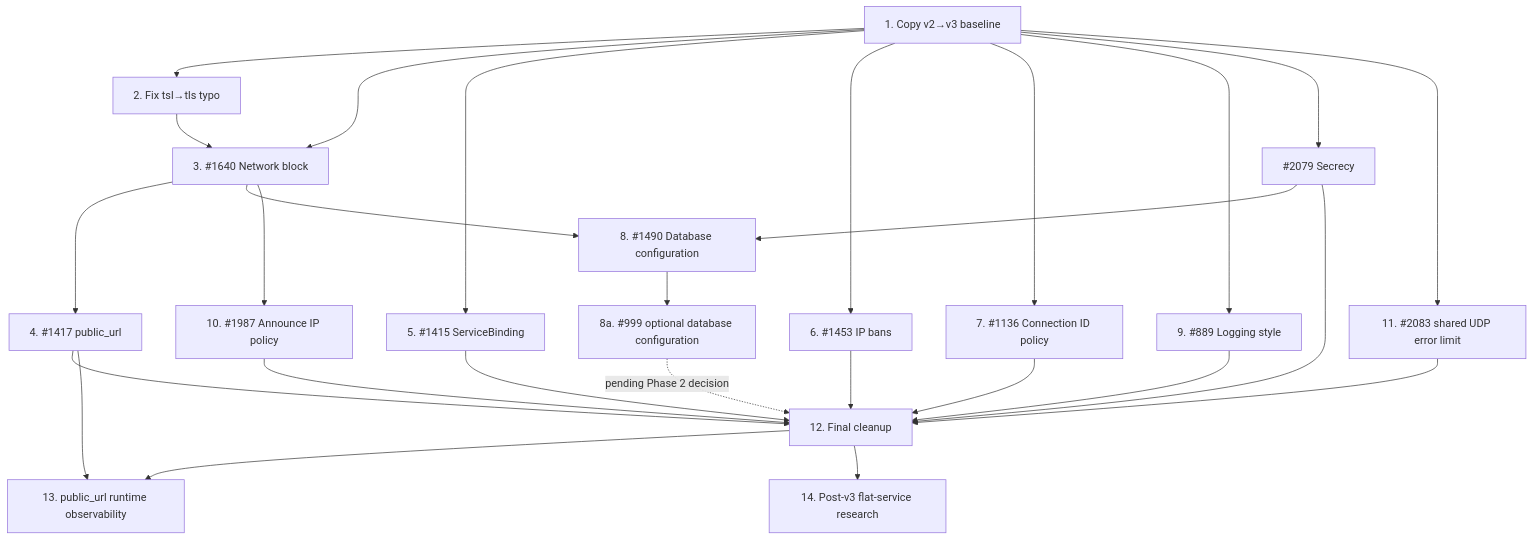
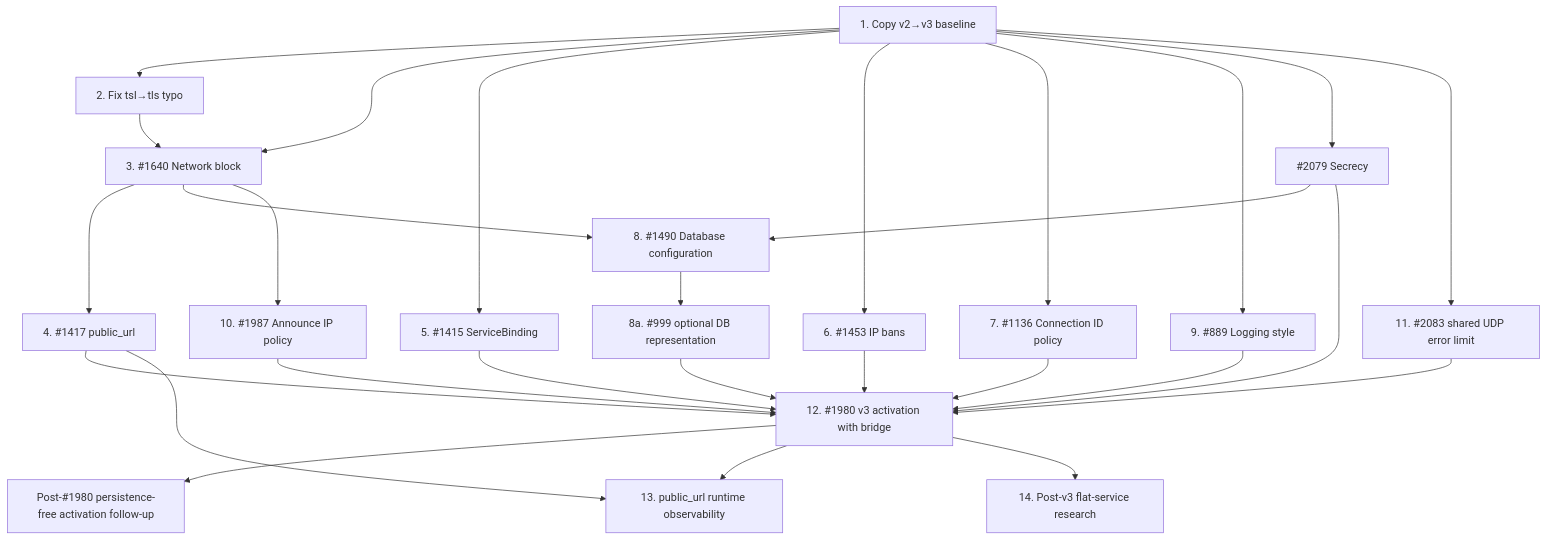
One commit to torrust/torrust-tracker changed the diagram in docs/issues/open/1978-configuration-overhaul-epic/EPIC.md. Above: the diagram before and after it, drawn with Mermaid. The commit also changed other lines of this file and 10 other files, not shown here.

Commit message:
docs(configuration): define optional persistence activation plan

````diff
--- a/docs/issues/open/1978-configuration-overhaul-epic/EPIC.md
+++ b/docs/issues/open/1978-configuration-overhaul-epic/EPIC.md
@@ -122,29 +122,30 @@
 ```mermaid
 graph TD
     sub1["1. Copy v2→v3 baseline"] --> sub2["2. Fix tsl→tls typo"]
     sub1 --> sub3["3. #1640 Network block"]
     sub1 --> sub5["5. #1415 ServiceBinding"]
     sub1 --> sub6["6. #1453 IP bans"]
       sub1 --> sub7["7. #1136 Connection ID policy"]
       sub1 --> sub9["9. #889 Logging style"]
     sub2 --> sub3
     sub3 --> sub4["4. #1417 public_url"]
       sub1 --> secrecy["#2079 Secrecy"]
       sub3 --> sub8["8. #1490 Database configuration"]
       secrecy --> sub8
-      sub8 --> sub8a["8a. #999 optional database configuration"]
+      sub8 --> sub8a["8a. #999 optional DB representation"]
       sub3 --> sub10["10. #1987 Announce IP policy"]
       sub1 --> sub11["11. #2083 shared UDP error limit"]
       sub4 --> sub12["12. Final cleanup"]
       sub5 --> sub12
       sub6 --> sub12
       sub7 --> sub12
       secrecy --> sub12
       sub9 --> sub12
       sub10 --> sub12
       sub11 --> sub12
-      sub8a -. "pending Phase 2 decision" .-> sub12
+      sub8a --> sub12["12. #1980 v3 activation with bridge"]
+      sub12 --> optionalRuntime["Post-#1980 persistence-free activation follow-up"]
       sub4 --> sub13["13. public_url runtime observability"]
       sub12 --> sub13
       sub12 --> sub14["14. Post-v3 flat-service research"]
 ```
````
